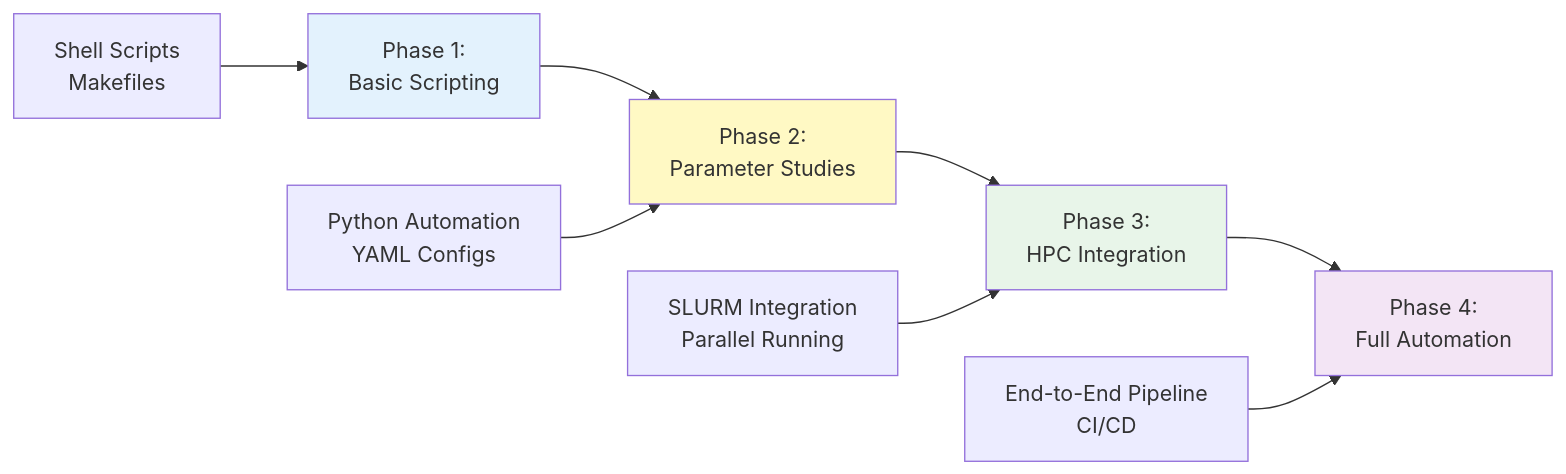
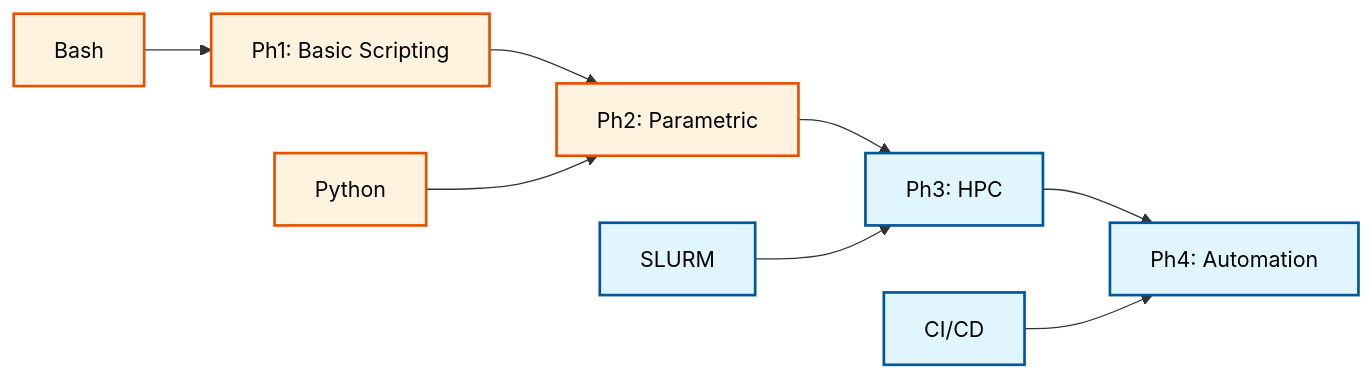
The second of 2 diagrams in MODULE_07_UTILITIES_AUTOMATION/CONTENT/05_AUTOMATION/00_Overview.md (wramet/build-my-cfd), drawn with Mermaid before and after one commit. The commit also changed other lines of this file and 313 other files, not shown here.

Commit message:
Revise all diagram

````diff
--- a/MODULE_07_UTILITIES_AUTOMATION/CONTENT/05_AUTOMATION/00_Overview.md
+++ b/MODULE_07_UTILITIES_AUTOMATION/CONTENT/05_AUTOMATION/00_Overview.md
@@ -994,16 +991,14 @@
 ```mermaid
 flowchart LR
-    A["Phase 1:<br/>Basic Scripting"] --> B["Phase 2:<br/>Parameter Studies"]
-    B --> C["Phase 3:<br/>HPC Integration"]
-    C --> D["Phase 4:<br/>Full Automation"]
+classDef implicit fill:#e1f5fe,stroke:#01579b,stroke-width:2px,color:#000
+classDef explicit fill:#fff3e0,stroke:#e65100,stroke-width:2px,color:#000
 
-    A1["Shell Scripts<br/>Makefiles"] --> A
-    B1["Python Automation<br/>YAML Configs"] --> B
-    C1["SLURM Integration<br/>Parallel Running"] --> C
-    D1["End-to-End Pipeline<br/>CI/CD"] --> D
+A[Ph1: Basic Scripting]:::explicit --> B[Ph2: Parametric]:::explicit
+B --> C[Ph3: HPC]:::implicit
+C --> D[Ph4: Automation]:::implicit
 
-    style A fill:#e3f2fd
-    style B fill:#fff9c4
-    style C fill:#e8f5e9
-    style D fill:#f3e5f5
+A1[Bash]:::explicit --> A
+B1[Python]:::explicit --> B
+C1[SLURM]:::implicit --> C
+D1[CI/CD]:::implicit --> D
 ```
````
